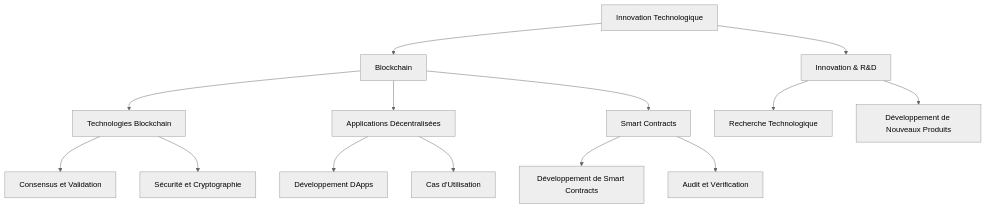
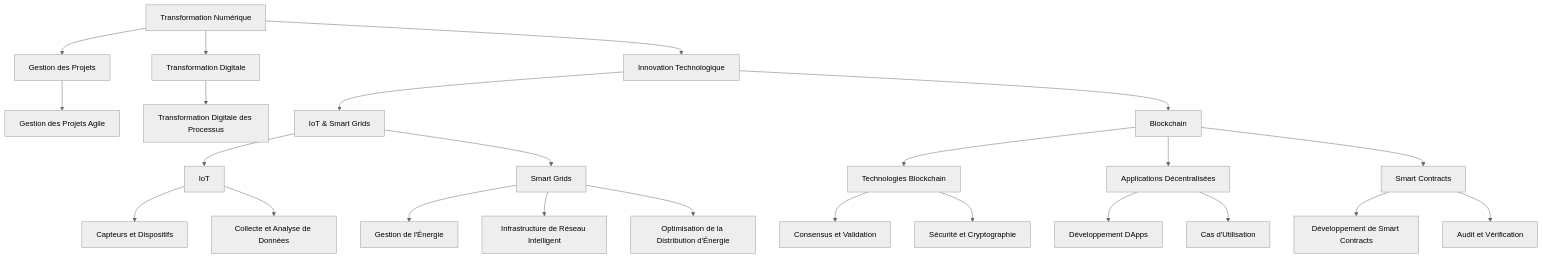
The sixth of 6 diagrams in TestSchema.md (sanogotech/preparationCertificationCCNA), drawn with Mermaid (neutral theme) before and after one commit. The commit also changed other lines of this file, not shown here.

````diff
--- a/TestSchema.md
+++ b/TestSchema.md
@@ -149,26 +126,46 @@
 ```mermaid
 graph TD
-    H[Innovation Technologique] --> H1[Blockchain]
-    H --> H2[Innovation & R&D]
+    G[Transformation Numérique] --> G1[Gestion des Projets]
+    G --> G2[Transformation Digitale]
+    G --> H[Innovation Technologique]
+
+    %% Gestion des Projets
+    G1 --> G1a[Gestion des Projets Agile]
+
+    %% Transformation Digitale
+    G2 --> G2a[Transformation Digitale des Processus]
+
+    %% Innovation Technologique
+    H --> H1[IoT & Smart Grids]
+    H --> H2[Blockchain]
+
+    %% IoT & Smart Grids
+    H1 --> H1a[IoT]
+    H1 --> H1b[Smart Grids]
+
+    %% IoT
+    H1a --> H1a1[Capteurs et Dispositifs]
+    H1a --> H1a2[Collecte et Analyse de Données]
+
+    %% Smart Grids
+    H1b --> H1b1[Gestion de l'Énergie]
+    H1b --> H1b2[Infrastructure de Réseau Intelligent]
+    H1b --> H1b3[Optimisation de la Distribution d'Énergie]
 
     %% Blockchain
-    H1 --> H1a[Technologies Blockchain]
-    H1 --> H1b[Applications Décentralisées]
-    H1 --> H1c[Smart Contracts]
+    H2 --> H2a[Technologies Blockchain]
+    H2 --> H2b[Applications Décentralisées]
+    H2 --> H2c[Smart Contracts]
 
     %% Technologies Blockchain
-    H1a --> H1a1[Consensus et Validation]
-    H1a --> H1a2[Sécurité et Cryptographie]
+    H2a --> H2a1[Consensus et Validation]
+    H2a --> H2a2[Sécurité et Cryptographie]
 
     %% Applications Décentralisées
-    H1b --> H1b1[Développement DApps]
-    H1b --> H1b2[Cas d'Utilisation]
+    H2b --> H2b1[Développement DApps]
+    H2b --> H2b2[Cas d'Utilisation]
 
     %% Smart Contracts
-    H1c --> H1c1[Développement de Smart Contracts]
-    H1c --> H1c2[Audit et Vérification]
-
-    %% Innovation & R&D
-    H2 --> H2a[Recherche Technologique]
-    H2 --> H2b[Développement de Nouveaux Produits]
+    H2c --> H2c1[Développement de Smart Contracts]
+    H2c --> H2c2[Audit et Vérification]
 ```
````
